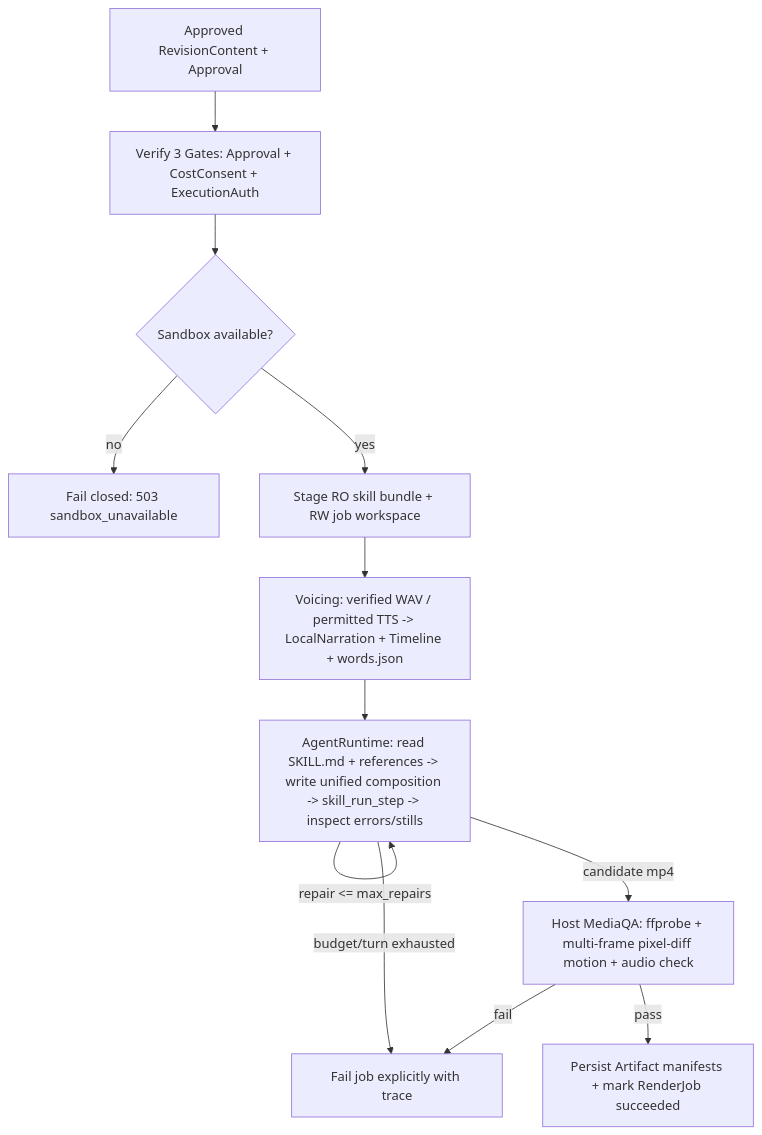
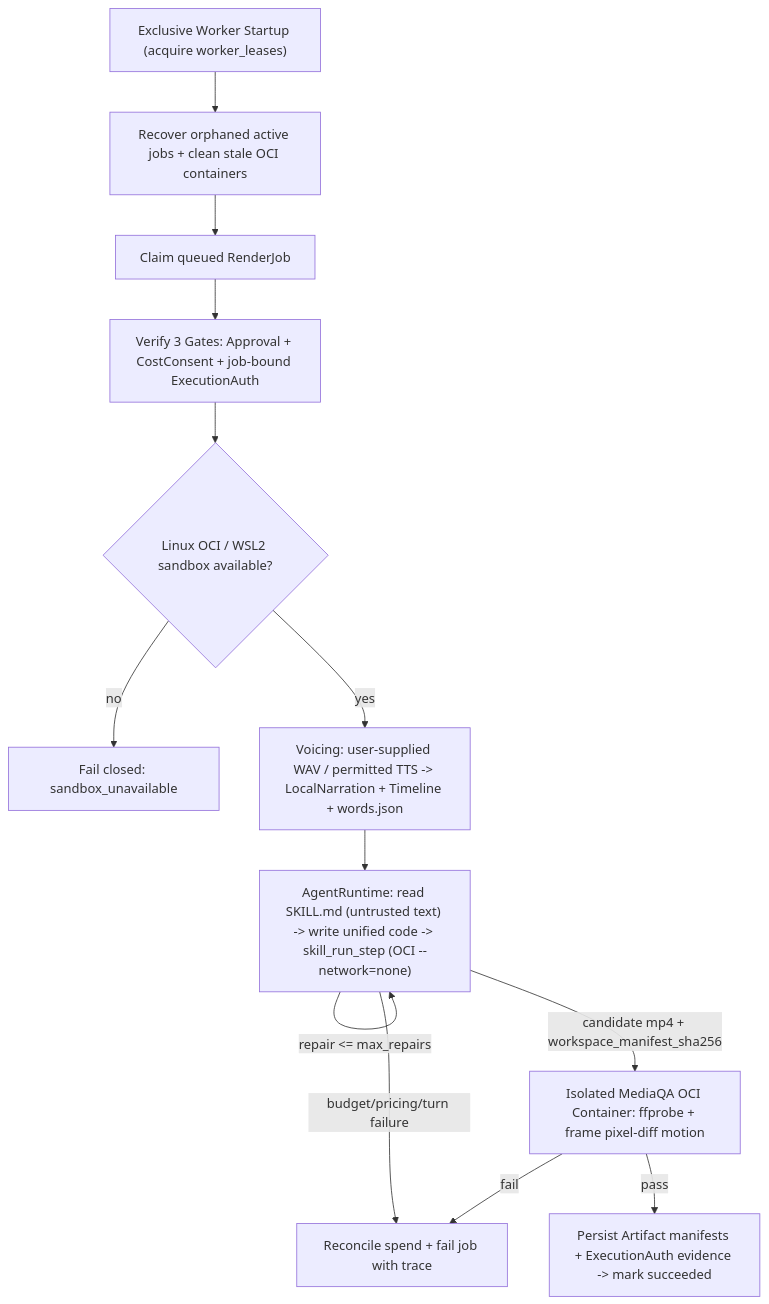
The diagram in technical-docs/ARCHITECTURE.md (RahmatHadinata23758051/Scenivox), drawn with Mermaid before and after one commit. The commit also changed other lines of this file and 8 other files, not shown here.

First line of the commit message:
docs(adr-02): refine sandbox, budget, auth binding, and worker specs

````diff
--- a/technical-docs/ARCHITECTURE.md
+++ b/technical-docs/ARCHITECTURE.md
@@ -71,14 +64,15 @@
 ```mermaid
 flowchart TD
-    REV["Approved RevisionContent + Approval"] --> GATES["Verify 3 Gates: Approval + CostConsent + ExecutionAuth"]
-    GATES --> SBX_CHK{"Sandbox available?"}
-    SBX_CHK -->|no| FAIL_SBX["Fail closed: 503 sandbox_unavailable"]
-    SBX_CHK -->|yes| STAGE["Stage RO skill bundle + RW job workspace"]
-    STAGE --> VOICE["Voicing: verified WAV / permitted TTS -> LocalNarration + Timeline + words.json"]
-    VOICE --> AGENT["AgentRuntime: read SKILL.md + references -> write unified composition -> skill_run_step -> inspect errors/stills"]
+    WORKER["Exclusive Worker Startup (acquire worker_leases)"] --> RECOVER["Recover orphaned active jobs + clean stale OCI containers"]
+    RECOVER --> POLL["Claim queued RenderJob"]
+    POLL --> GATES["Verify 3 Gates: Approval + CostConsent + job-bound ExecutionAuth"]
+    GATES --> SBX{"Linux OCI / WSL2 sandbox available?"}
+    SBX -->|no| FAIL_SBX["Fail closed: sandbox_unavailable"]
+    SBX -->|yes| VOICE["Voicing: user-supplied WAV / permitted TTS -> LocalNarration + Timeline + words.json"]
+    VOICE --> AGENT["AgentRuntime: read SKILL.md (untrusted text) -> write unified code -> skill_run_step (OCI --network=none)"]
     AGENT -->|"repair <= max_repairs"| AGENT
-    AGENT -->|budget/turn exhausted| FAIL_JOB["Fail job explicitly with trace"]
-    AGENT -->|candidate mp4| QA["Host MediaQA: ffprobe + multi-frame pixel-diff motion + audio check"]
-    QA -->|fail| FAIL_JOB
-    QA -->|pass| SUCCEED["Persist Artifact manifests + mark RenderJob succeeded"]
+    AGENT -->|budget/pricing/turn failure| FAIL_JOB["Reconcile spend + fail job with trace"]
+    AGENT -->|candidate mp4 + workspace_manifest_sha256| MQA["Isolated MediaQA OCI Container: ffprobe + frame pixel-diff motion"]
+    MQA -->|fail| FAIL_JOB
+    MQA -->|pass| SUCCEED["Persist Artifact manifests + ExecutionAuth evidence -> mark succeeded"]
 ```
````
